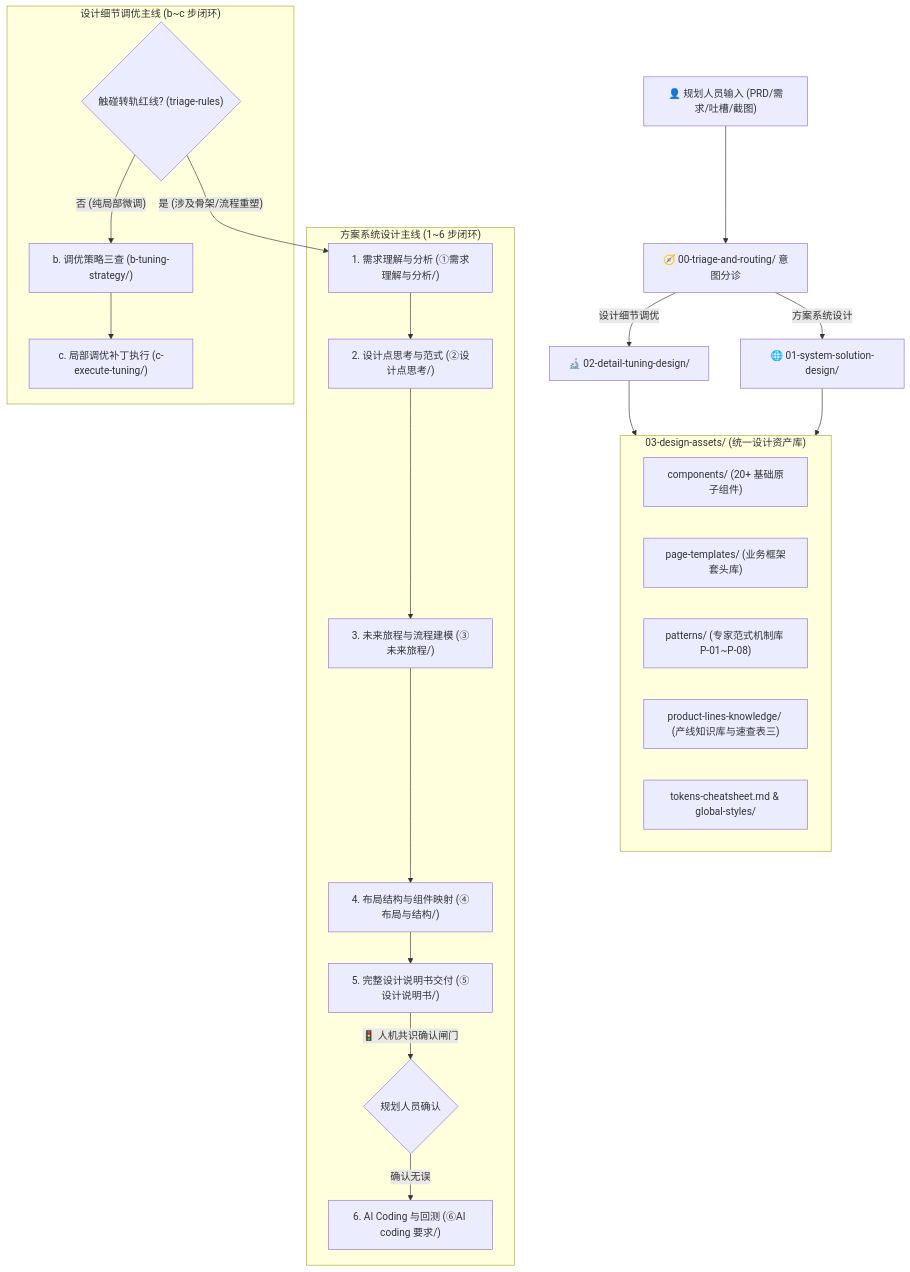
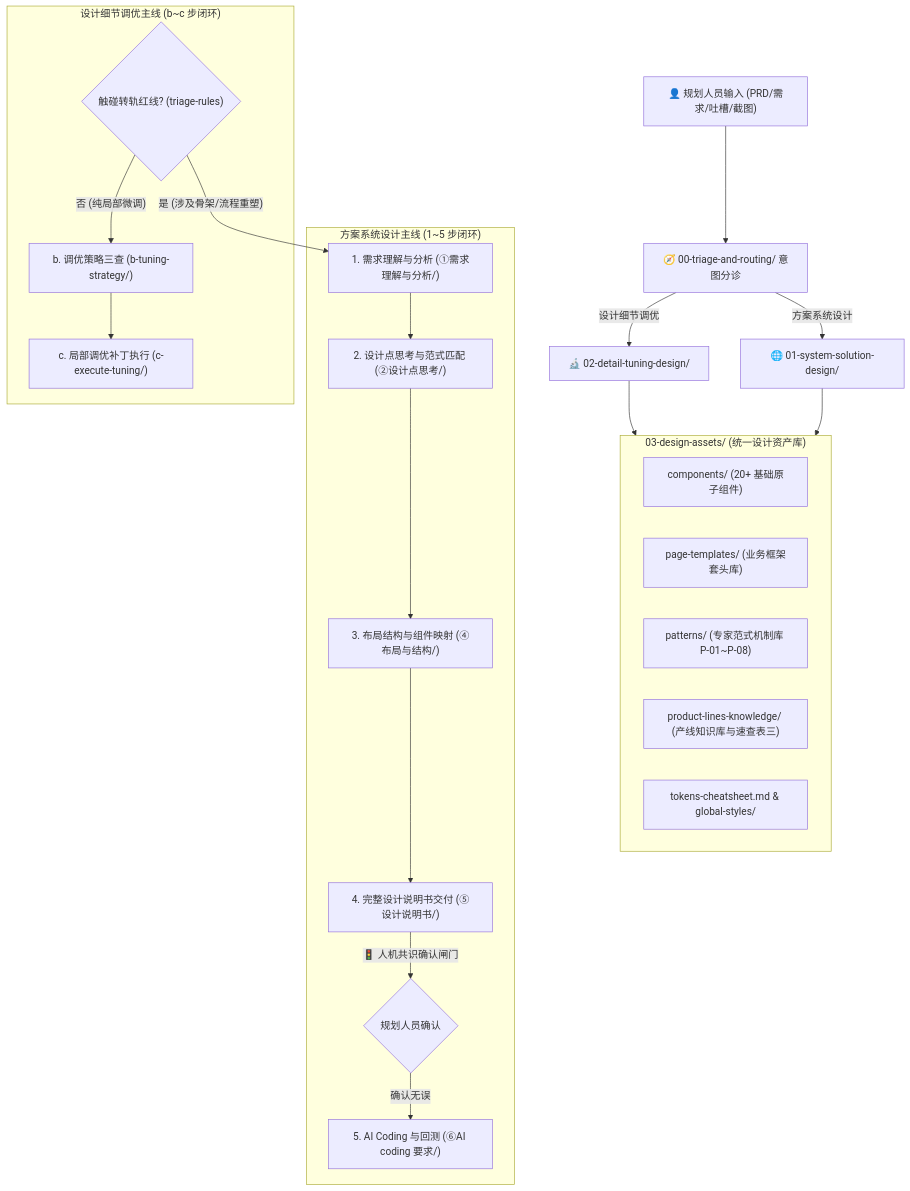
Before and after one commit to wangjue2026/skill-designer-prism: the diagram in README.md, drawn with Mermaid. The commit also changed other lines of this file and 24 other files, not shown here.

````diff
--- a/README.md
+++ b/README.md
@@ -11,37 +11,36 @@
 ```mermaid
 graph TD
     User["👤 规划人员输入 (PRD/需求/吐槽/截图)"] --> Triage["🧭 00-triage-and-routing/ 意图分诊"]
     
     Triage -->|"方案系统设计"| Macro["🌐 01-system-solution-design/"]
     Triage -->|"设计细节调优"| Micro["🔬 02-detail-tuning-design/"]
     
-    subgraph MacroPath ["方案系统设计主线 (1~6 步闭环)"]
+    subgraph MacroPath ["方案系统设计主线 (1~5 步闭环)"]
         M1["1. 需求理解与分析 (①需求理解与分析/)"]
-        M2["2. 设计点思考与范式 (②设计点思考/)"]
-        M3["3. 未来旅程与流程建模 (③未来旅程/)"]
-        M4["4. 布局结构与组件映射 (④布局与结构/)"]
-        M5["5. 完整设计说明书交付 (⑤设计说明书/)"]
-        M6["6. AI Coding 与回测 (⑥AI coding 要求/)"]
-        M1 --> M2 --> M3 --> M4 --> M5
-        M5 -->|"🚦 人机共识确认闸门"| Gate{"规划人员确认"}
-        Gate -->|"确认无误"| M6
+        M2["2. 设计点思考与范式匹配 (②设计点思考/)"]
+        M3["3. 布局结构与组件映射 (④布局与结构/)"]
+        M4["4. 完整设计说明书交付 (⑤设计说明书/)"]
+        M5["5. AI Coding 与回测 (⑥AI coding 要求/)"]
+        M1 --> M2 --> M3 --> M4
+        M4 -->|"🚦 人机共识确认闸门"| Gate{"规划人员确认"}
+        Gate -->|"确认无误"| M5
     end
     
     subgraph MicroPath ["设计细节调优主线 (b~c 步闭环)"]
         Esc{"触碰转轨红线? (triage-rules)"}
         Esc -->|"是 (涉及骨架/流程重塑)"| M1
         Esc -->|"否 (纯局部微调)"| m2["b. 调优策略三查 (b-tuning-strategy/)"]
         m2 --> m3["c. 局部调优补丁执行 (c-execute-tuning/)"]
     end
     
     subgraph Assets ["03-design-assets/ (统一设计资产库)"]
         Comps["components/ (20+ 基础原子组件)"]
         Pages["page-templates/ (业务框架套头库)"]
         Patterns["patterns/ (专家范式机制库 P-01~P-08)"]
         PKB["product-lines-knowledge/ (产线知识库与速查表三)"]
         Tokens["tokens-cheatsheet.md & global-styles/"]
     end
 
     Macro --> Assets
     Micro --> Assets
 ```
````
